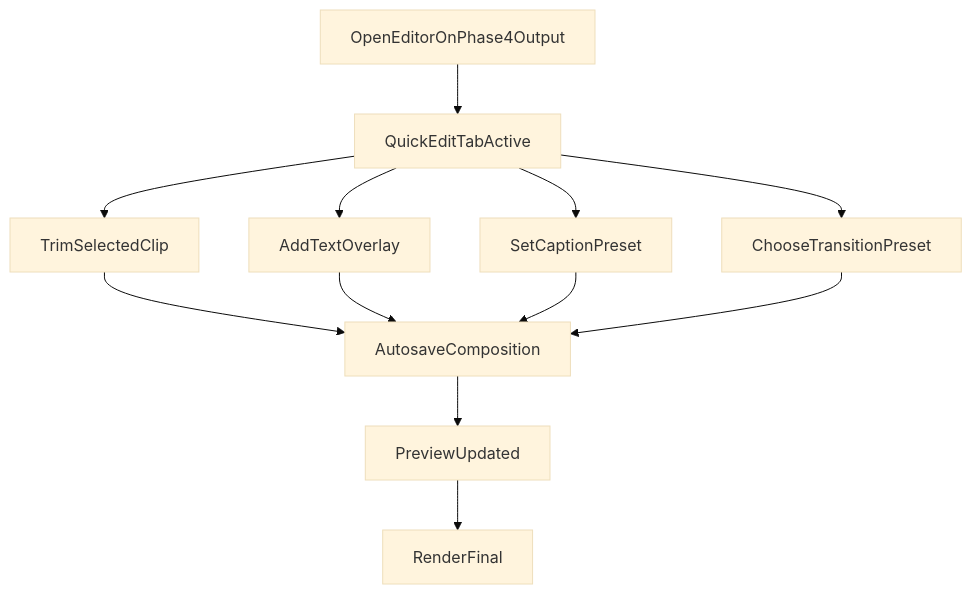
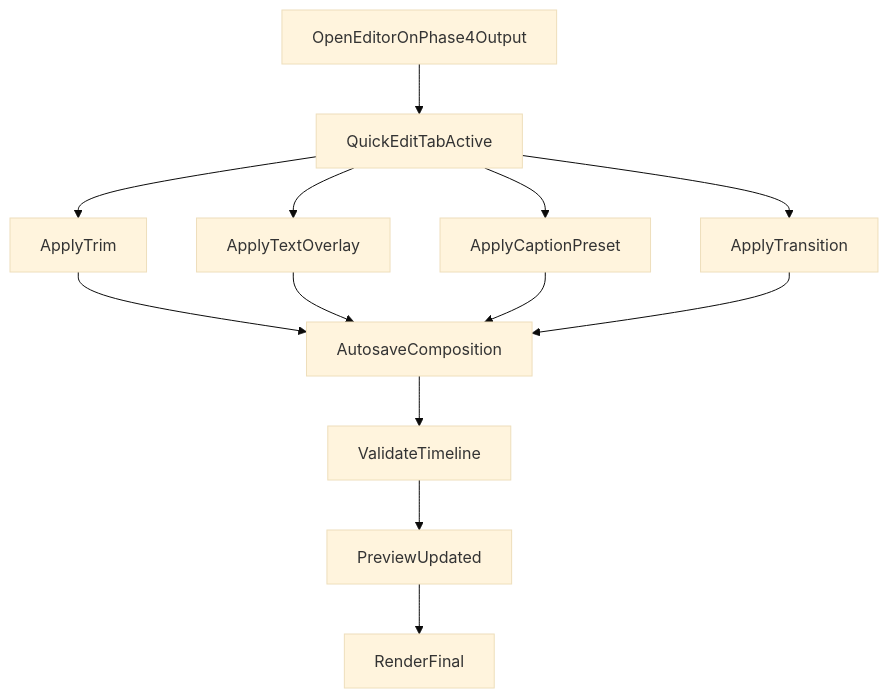
The first of 5 diagrams in docs/specs/phase5/PHASE5_UI_STATES_AND_WIREFLOWS.md (KennethAtchon/ContentAI), drawn with Mermaid (base theme) before and after one commit. The commit also changed other lines of this file and 37 other files, not shown here.

First line of the commit message:
feat: Introduce reel_composition table and related schemas for video composition management

````diff
--- a/docs/specs/phase5/PHASE5_UI_STATES_AND_WIREFLOWS.md
+++ b/docs/specs/phase5/PHASE5_UI_STATES_AND_WIREFLOWS.md
@@ -105,14 +162,15 @@
 ```mermaid
 flowchart TD
     openEditor[OpenEditorOnPhase4Output] --> quickTab[QuickEditTabActive]
-    quickTab --> trimClip[TrimSelectedClip]
-    quickTab --> addText[AddTextOverlay]
-    quickTab --> setCaptionPreset[SetCaptionPreset]
-    quickTab --> chooseTransition[ChooseTransitionPreset]
-    trimClip --> autosave[AutosaveComposition]
-    addText --> autosave
-    setCaptionPreset --> autosave
-    chooseTransition --> autosave
-    autosave --> previewReady[PreviewUpdated]
+    quickTab --> applyTrim[ApplyTrim]
+    quickTab --> applyText[ApplyTextOverlay]
+    quickTab --> applyCaption[ApplyCaptionPreset]
+    quickTab --> applyTransition[ApplyTransition]
+    applyTrim --> autosave[AutosaveComposition]
+    applyText --> autosave
+    applyCaption --> autosave
+    applyTransition --> autosave
+    autosave --> validate[ValidateTimeline]
+    validate --> previewReady[PreviewUpdated]
     previewReady --> renderFinal[RenderFinal]
 ```
````
